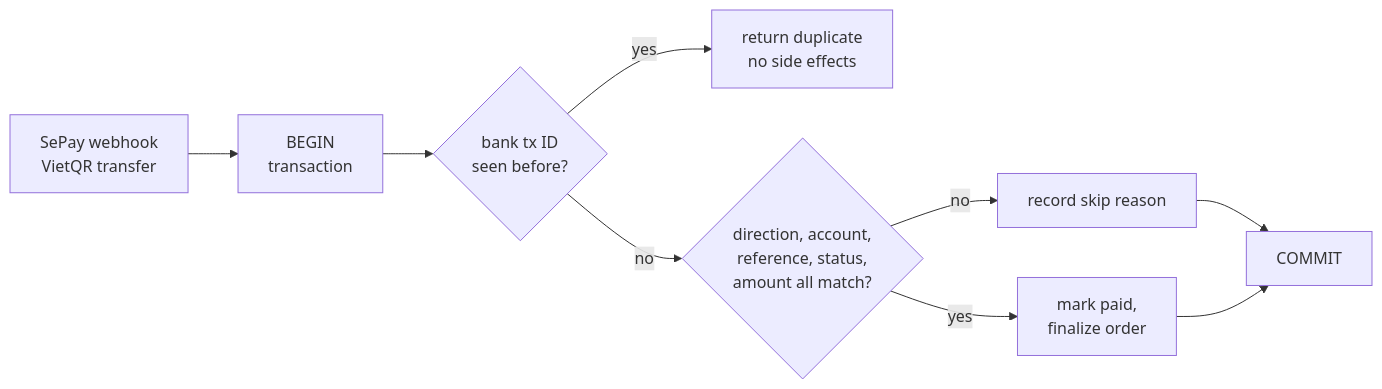
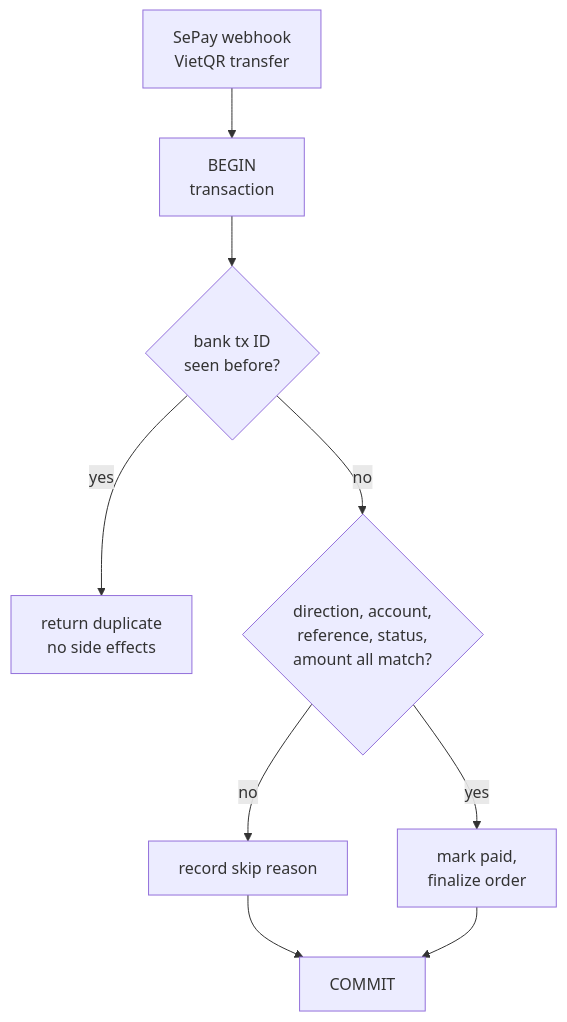
The third of 3 diagrams in README.md (DuongMinhHoangHE191087/DuongMinhHoangHE191087), drawn with Mermaid before and after one commit. The commit also changed 1 other file, not shown here.

Commit message:
Lay out payment diagram top-down
GitHub's zoom controls covered the COMMIT node in the wide layout.

Claude-Session: https://claude.ai/code/session_0136Y8UKrUyQZzCL5MNENzrr

````diff
--- a/README.md
+++ b/README.md
@@ -155,11 +155,11 @@
 ```mermaid
-flowchart LR
+flowchart TB
   IN["SePay webhook<br/>VietQR transfer"] --> TX["BEGIN<br/>transaction"]
   TX --> SEEN{"bank tx ID<br/>seen before?"}
   SEEN -- yes --> DUP["return duplicate<br/>no side effects"]
   SEEN -- no --> OK{"direction, account,<br/>reference, status,<br/>amount all match?"}
   OK -- no --> SKIP["record skip reason"]
   OK -- yes --> PAY["mark paid,<br/>finalize order"]
   SKIP --> COMMIT["COMMIT"]
   PAY --> COMMIT
 ```
````
